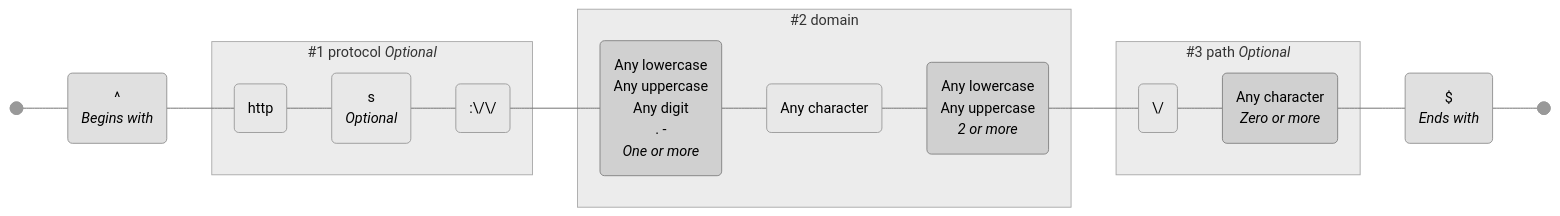
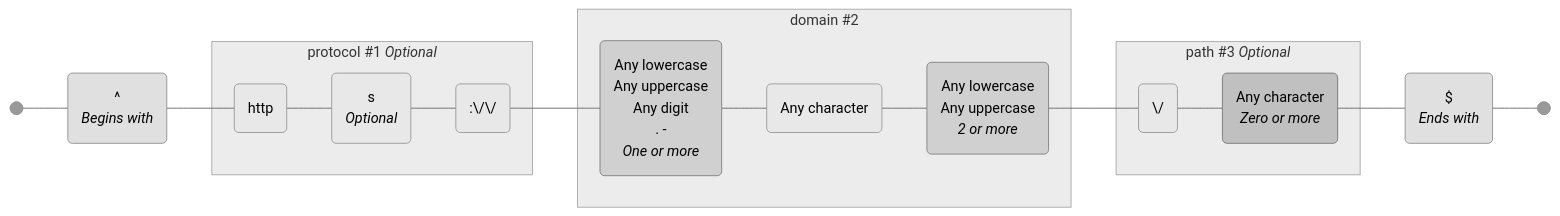
One commit to tayles/regex-to-mermaid changed the second of 5 diagrams in THEMES.md. Above: the diagram before and after it, drawn with Mermaid. The commit also changed other lines of this file and 58 other files, not shown here.

````diff
--- a/THEMES.md
+++ b/THEMES.md
@@ -129,67 +152,68 @@
 ```mermaid
 ---
 config:
   theme: neutral
 ---
 
 graph LR
   accTitle: "Regex: ^(?<protocol>https?:\\/\\/)?(?<domain>[a-zA-Z0-9.-]+\\.[a-zA-Z]{2,})(?<path>\\/.*)?$"
   accDescr: "Generated with regex-to-mermaid@1.1.0"
 
   %% Nodes
   start@{ shape: f-circ };
   fin@{ shape: f-circ };
   assertion_1("^<br><i>Begins with</i>"):::assertion;
   literal_1("http"):::literal;
   literal_2("s<br><i>Optional</i>"):::literal;
   literal_3(":\/\/"):::literal;
   char_class_1("Any lowercase<br>Any uppercase<br>Any digit<br>. -<br><i>One or more</i>"):::char-class;
   literal_4("Any character"):::literal;
   char_class_2("Any lowercase<br>Any uppercase<br><i>2 or more</i>"):::char-class;
   literal_5("\/"):::literal;
-  char_class_3("Any character<br><i>Zero or more</i>"):::char-class;
+  char_set_1("Any character<br><i>Zero or more</i>"):::char-set;
   assertion_2("$<br><i>Ends with</i>"):::assertion;
 
   %% Subgraphs
-  subgraph named_capture_1 ["#1 protocol <i>Optional</i>"]
+  subgraph named_capture_1 ["protocol #1 <i>Optional</i>"]
     literal_1
     literal_2
     literal_3
   end
 
-  subgraph named_capture_2 ["#2 domain"]
+  subgraph named_capture_2 ["domain #2"]
     char_class_1
     literal_4
     char_class_2
   end
 
-  subgraph named_capture_3 ["#3 path <i>Optional</i>"]
+  subgraph named_capture_3 ["path #3 <i>Optional</i>"]
     literal_5
-    char_class_3
+    char_set_1
   end
 
   %% Edges
   start --- assertion_1;
   assertion_1 --- literal_1;
   literal_1 --- literal_2;
   literal_2 --- literal_3;
   literal_3 --- char_class_1;
   char_class_1 --- literal_4;
   literal_4 --- char_class_2;
   char_class_2 --- literal_5;
-  literal_5 --- char_class_3;
-  char_class_3 --- assertion_2;
+  literal_5 --- char_set_1;
+  char_set_1 --- assertion_2;
   assertion_2 --- fin;
 
   %% Styles
   %% Node Styling
   classDef assertion fill:#E0E0E0,stroke:#909090;
   classDef literal fill:#E8E8E8,stroke:#999999;
   classDef char-class fill:#D0D0D0,stroke:#808080;
+  classDef char-set fill:#C0C0C0,stroke:#787878;
 
   %% Group Styling
   classDef named-capture fill:#ECECEC,stroke:#A8A8A8;
 
   %% Apply Group Classes
   class named_capture_1,named_capture_2,named_capture_3 named-capture;
 ```
````
